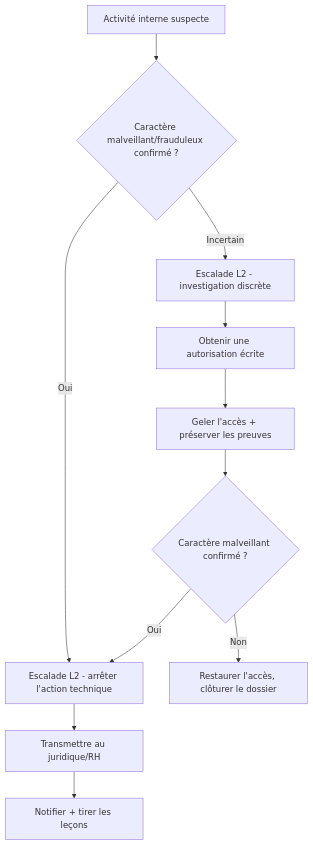
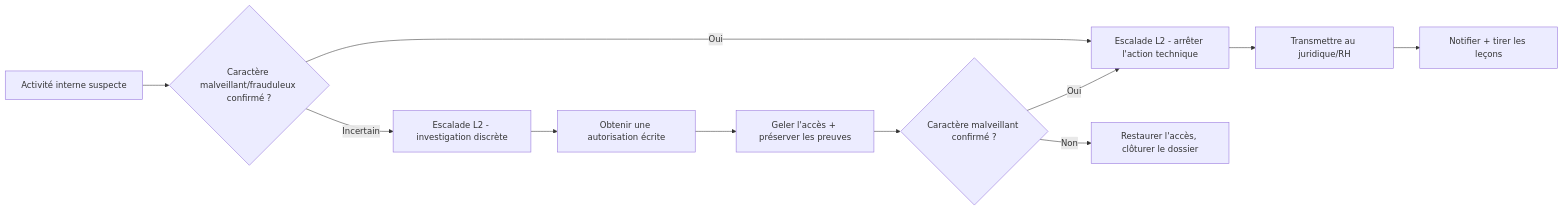
The diagram in docs/fr/runbooks/insider-threat.md (MiracleDvm/ir-firstline), drawn with Mermaid before and after one commit. The commit also changed other lines of this file and 26 other files, not shown here.

Commit message:
Fix decision-tree diagram sizing/legibility, add PDF export, land tool links -- Convert decision trees to horizontal/collapsible, link cited tools/sources

````diff
--- a/docs/fr/runbooks/insider-threat.md
+++ b/docs/fr/runbooks/insider-threat.md
@@ -29,13 +31,13 @@
-```mermaid
-flowchart TD
-    A[Activité interne suspecte] --> B{Caractère malveillant/frauduleux confirmé ?}
-    B -->|Incertain| C[Escalade L2 - investigation discrète]
-    B -->|Oui| D[Escalade L2 - arrêter l'action technique]
-    C --> E[Obtenir une autorisation écrite]
-    E --> F[Geler l'accès + préserver les preuves]
-    F --> G{Caractère malveillant confirmé ?}
-    G -->|Oui| D
-    G -->|Non| H[Restaurer l'accès, clôturer le dossier]
-    D --> I[Transmettre au juridique/RH]
-    I --> J[Notifier + tirer les leçons]
-```
+    ```mermaid
+    flowchart LR
+        A[Activité interne suspecte] --> B{Caractère malveillant/frauduleux confirmé ?}
+        B -->|Incertain| C[Escalade L2 - investigation discrète]
+        B -->|Oui| D[Escalade L2 - arrêter l'action technique]
+        C --> E[Obtenir une autorisation écrite]
+        E --> F[Geler l'accès + préserver les preuves]
+        F --> G{Caractère malveillant confirmé ?}
+        G -->|Oui| D
+        G -->|Non| H[Restaurer l'accès, clôturer le dossier]
+        D --> I[Transmettre au juridique/RH]
+        I --> J[Notifier + tirer les leçons]
+    ```
````
